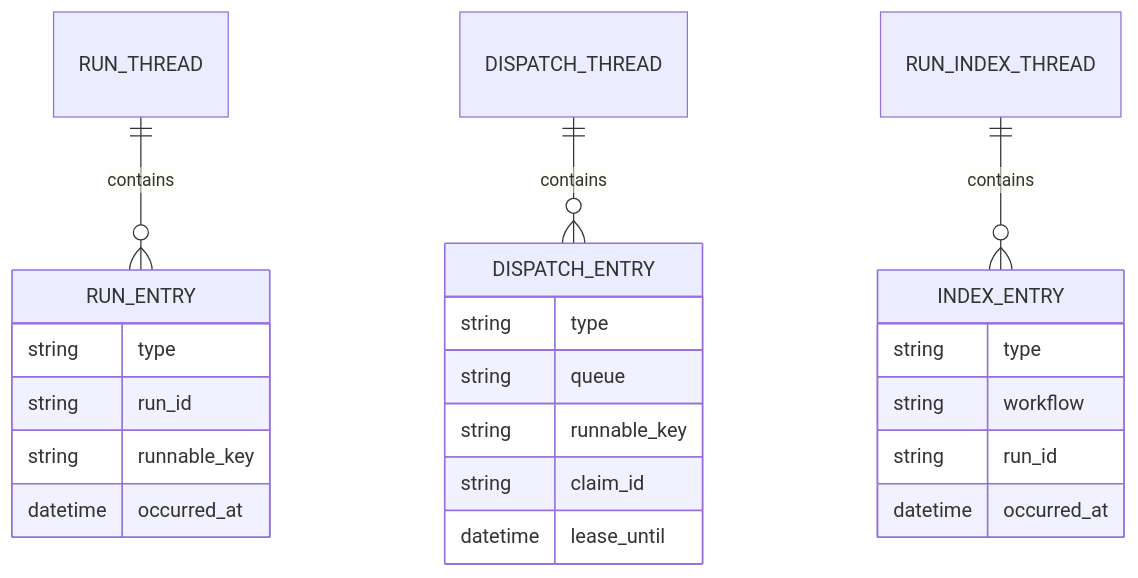
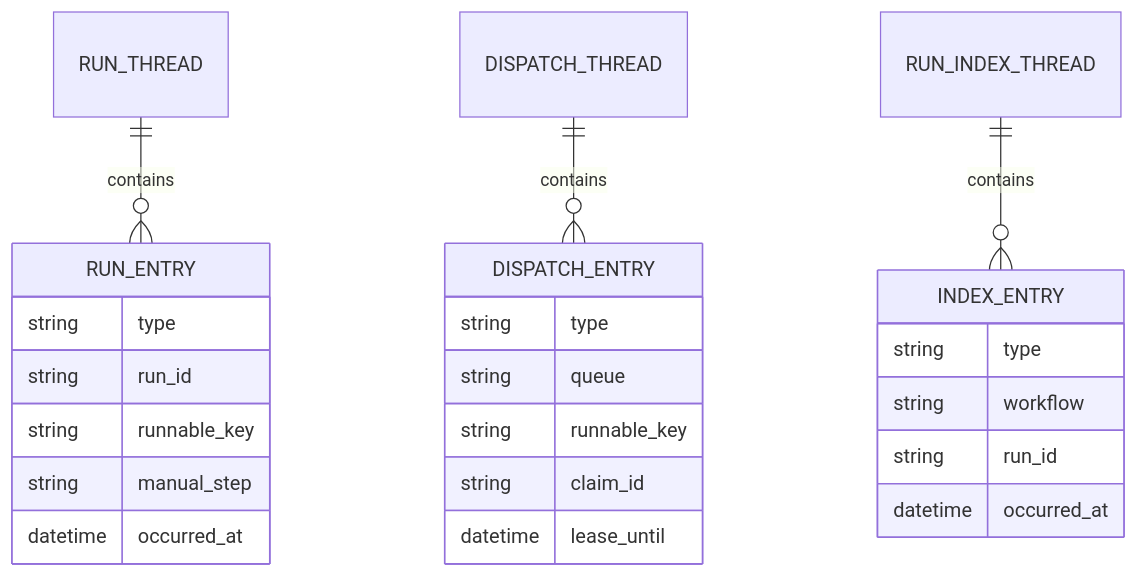
Before and after one commit to dark-trench/squid_mesh: the third of 8 diagrams in docs/jido_runtime_architecture.md, drawn with Mermaid. The commit also changed other lines of this file and 12 other files, not shown here.

````diff
--- a/docs/jido_runtime_architecture.md
+++ b/docs/jido_runtime_architecture.md
@@ -137,25 +137,26 @@
 ```mermaid
 erDiagram
     RUN_THREAD ||--o{ RUN_ENTRY : contains
     DISPATCH_THREAD ||--o{ DISPATCH_ENTRY : contains
     RUN_INDEX_THREAD ||--o{ INDEX_ENTRY : contains
     RUN_ENTRY {
         string type
         string run_id
         string runnable_key
+        string manual_step
         datetime occurred_at
     }
     DISPATCH_ENTRY {
         string type
         string queue
         string runnable_key
         string claim_id
         datetime lease_until
     }
     INDEX_ENTRY {
         string type
         string workflow
         string run_id
         datetime occurred_at
     }
 ```
````
